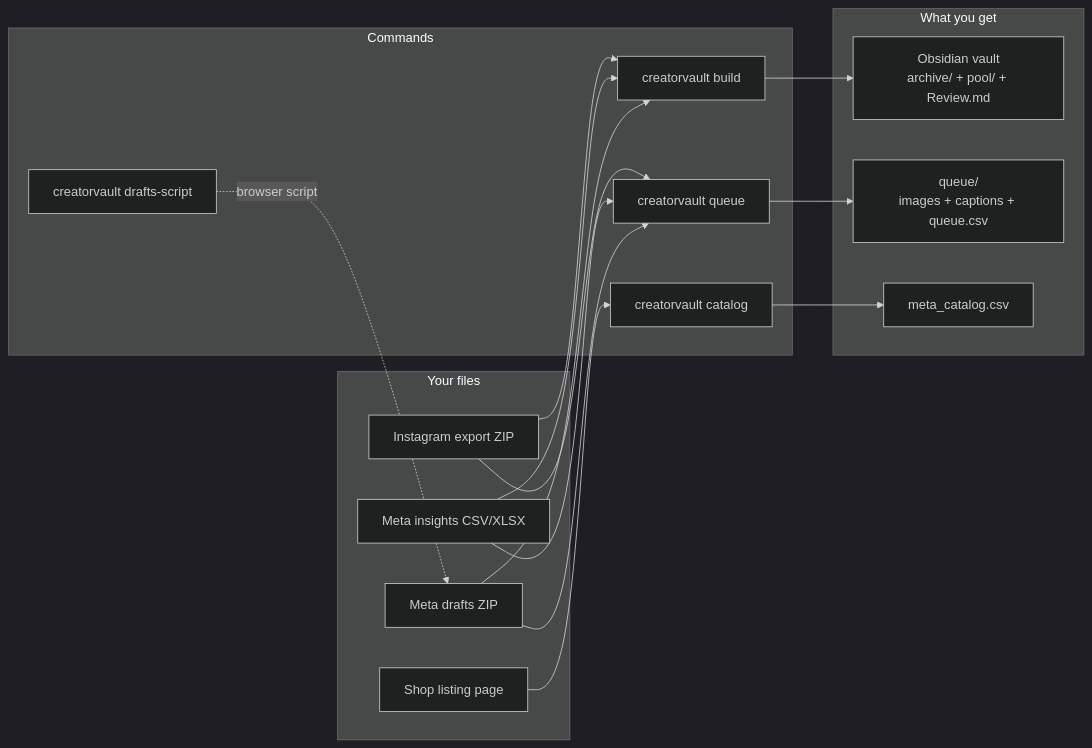
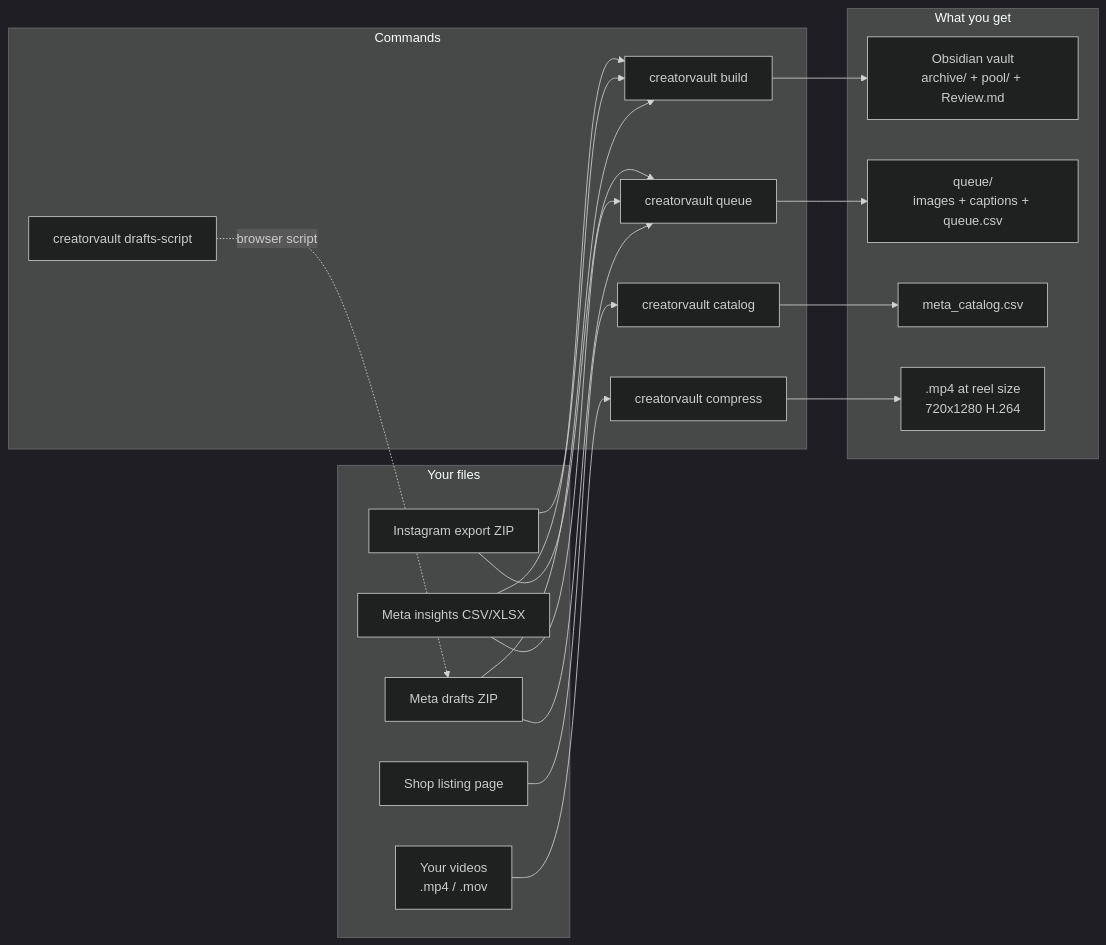
The first of 8 diagrams in README.md (GiulioRusso/creatorvault), drawn with Mermaid (dark theme) before and after one commit. The commit also changed other lines of this file and 4 other files, not shown here.

First line of the commit message:
feat(compress): shrink videos to Meta reel size

````diff
--- a/README.md
+++ b/README.md
@@ -16,30 +17,34 @@
 ```mermaid
 flowchart LR
     subgraph inputs["Your files"]
         IG["Instagram export ZIP"]
         INS["Meta insights CSV/XLSX"]
         DR["Meta drafts ZIP"]
         SHOP["Shop listing page"]
+        VID["Your videos<br/>.mp4 / .mov"]
     end
     subgraph cmds["Commands"]
         BUILD["creatorvault build"]
         QUEUE["creatorvault queue"]
         CAT["creatorvault catalog"]
         DS["creatorvault drafts-script"]
+        COMP["creatorvault compress"]
     end
     subgraph outs["What you get"]
         VAULT["Obsidian vault<br/>archive/ + pool/ + Review.md"]
         Q["queue/<br/>images + captions + queue.csv"]
         CSV["meta_catalog.csv"]
+        SMALL[".mp4 at reel size<br/>720x1280 H.264"]
     end
     DS -. "browser script" .-> DR
     IG --> BUILD
     INS --> BUILD
     DR --> BUILD
     IG --> QUEUE
     INS --> QUEUE
     DR --> QUEUE
     BUILD --> VAULT
     QUEUE --> Q
     SHOP --> CAT --> CSV
+    VID --> COMP --> SMALL
 ```
````
